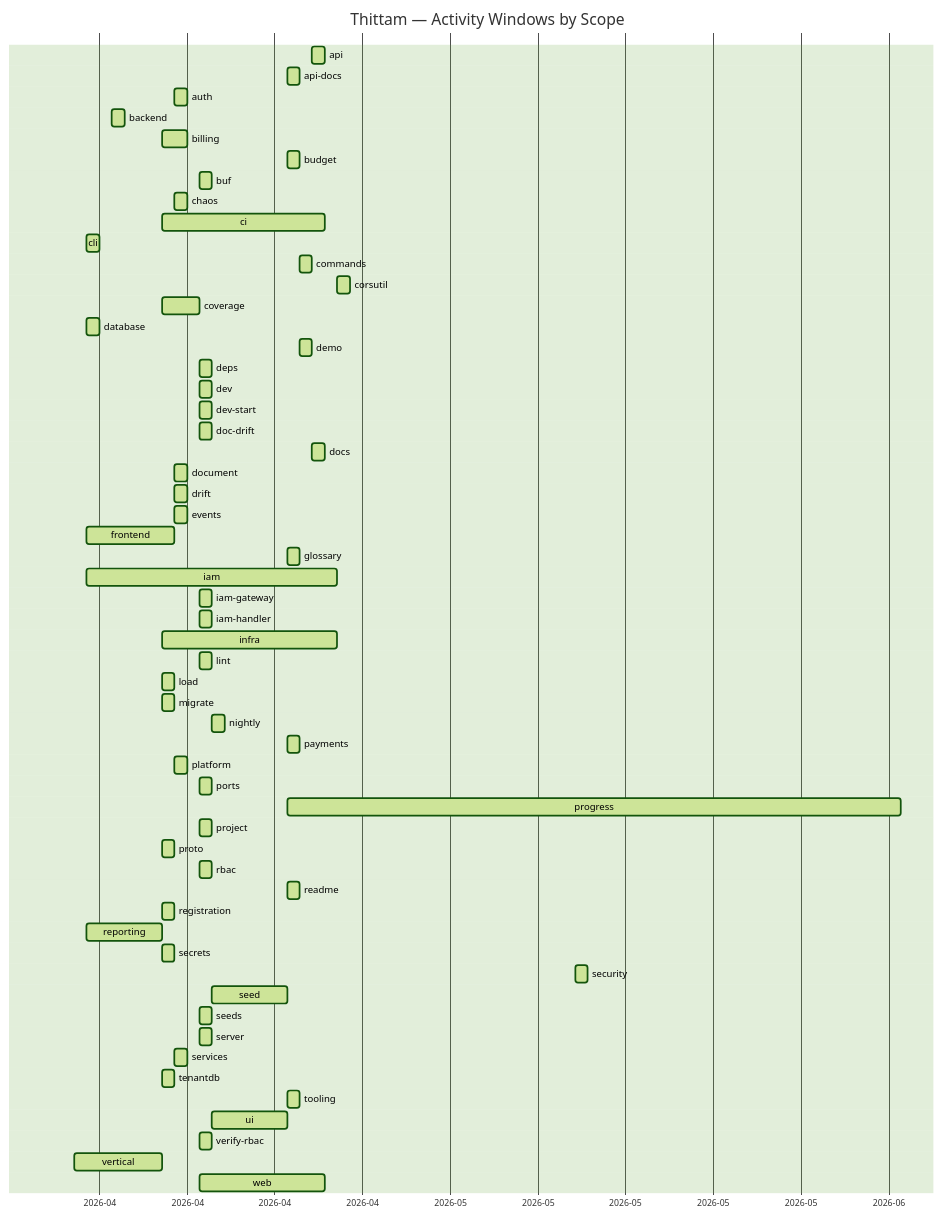
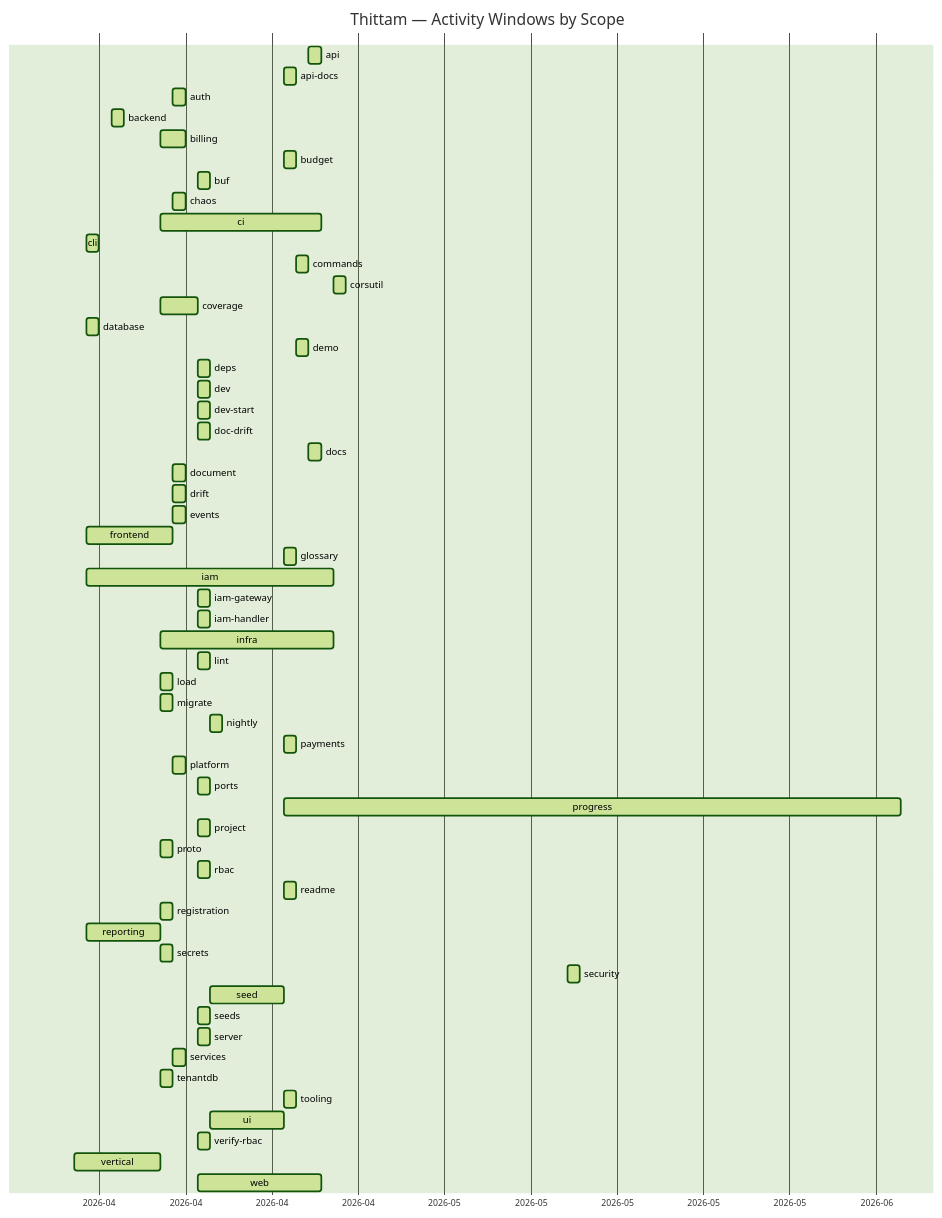
The diagram in docs/PROGRESS.md (wegofwd2020-hub/thittam), drawn with Mermaid (forest theme) before and after one commit. The commit also changed other lines of this file and 1 other file, not shown here.

Commit message:
chore(progress): nightly update of docs/PROGRESS.md + CSVs

````diff
--- a/docs/PROGRESS.md
+++ b/docs/PROGRESS.md
@@ -9,61 +9,61 @@
 ```mermaid
 gantt
     title Thittam — Activity Windows by Scope
     dateFormat YYYY-MM-DD
     axisFormat %Y-%m
     api                :active, s_api, 2026-04-22, 2026-04-23
     api-docs           :active, s_api_docs, 2026-04-20, 2026-04-21
     auth               :active, s_auth, 2026-04-11, 2026-04-12
     backend            :active, s_backend, 2026-04-06, 2026-04-07
     billing            :active, s_billing, 2026-04-10, 2026-04-12
     budget             :active, s_budget, 2026-04-20, 2026-04-21
     buf                :active, s_buf, 2026-04-13, 2026-04-14
     chaos              :active, s_chaos, 2026-04-11, 2026-04-12
     ci                 :active, s_ci, 2026-04-10, 2026-04-23
     cli                :active, s_cli, 2026-04-04, 2026-04-05
     commands           :active, s_commands, 2026-04-21, 2026-04-22
     corsutil           :active, s_corsutil, 2026-04-24, 2026-04-25
     coverage           :active, s_coverage, 2026-04-10, 2026-04-13
     database           :active, s_database, 2026-04-04, 2026-04-05
     demo               :active, s_demo, 2026-04-21, 2026-04-22
     deps               :active, s_deps, 2026-04-13, 2026-04-14
     dev                :active, s_dev, 2026-04-13, 2026-04-14
     dev-start          :active, s_dev_start, 2026-04-13, 2026-04-14
     doc-drift          :active, s_doc_drift, 2026-04-13, 2026-04-14
     docs               :active, s_docs, 2026-04-22, 2026-04-23
     document           :active, s_document, 2026-04-11, 2026-04-12
     drift              :active, s_drift, 2026-04-11, 2026-04-12
     events             :active, s_events, 2026-04-11, 2026-04-12
     frontend           :active, s_frontend, 2026-04-04, 2026-04-11
     glossary           :active, s_glossary, 2026-04-20, 2026-04-21
     iam                :active, s_iam, 2026-04-04, 2026-04-24
     iam-gateway        :active, s_iam_gateway, 2026-04-13, 2026-04-14
     iam-handler        :active, s_iam_handler, 2026-04-13, 2026-04-14
     infra              :active, s_infra, 2026-04-10, 2026-04-24
     lint               :active, s_lint, 2026-04-13, 2026-04-14
     load               :active, s_load, 2026-04-10, 2026-04-11
     migrate            :active, s_migrate, 2026-04-10, 2026-04-11
     nightly            :active, s_nightly, 2026-04-14, 2026-04-15
     payments           :active, s_payments, 2026-04-20, 2026-04-21
     platform           :active, s_platform, 2026-04-11, 2026-04-12
     ports              :active, s_ports, 2026-04-13, 2026-04-14
-    progress           :active, s_progress, 2026-04-20, 2026-06-08
+    progress           :active, s_progress, 2026-04-20, 2026-06-09
     project            :active, s_project, 2026-04-13, 2026-04-14
     proto              :active, s_proto, 2026-04-10, 2026-04-11
     rbac               :active, s_rbac, 2026-04-13, 2026-04-14
     readme             :active, s_readme, 2026-04-20, 2026-04-21
     registration       :active, s_registration, 2026-04-10, 2026-04-11
     reporting          :active, s_reporting, 2026-04-04, 2026-04-10
     secrets            :active, s_secrets, 2026-04-10, 2026-04-11
     security           :active, s_security, 2026-05-13, 2026-05-14
     seed               :active, s_seed, 2026-04-14, 2026-04-20
     seeds              :active, s_seeds, 2026-04-13, 2026-04-14
     server             :active, s_server, 2026-04-13, 2026-04-14
     services           :active, s_services, 2026-04-11, 2026-04-12
     tenantdb           :active, s_tenantdb, 2026-04-10, 2026-04-11
     tooling            :active, s_tooling, 2026-04-20, 2026-04-21
     ui                 :active, s_ui, 2026-04-14, 2026-04-20
     verify-rbac        :active, s_verify_rbac, 2026-04-13, 2026-04-14
     vertical           :active, s_vertical, 2026-04-03, 2026-04-10
     web                :active, s_web, 2026-04-13, 2026-04-23
 ```
````
